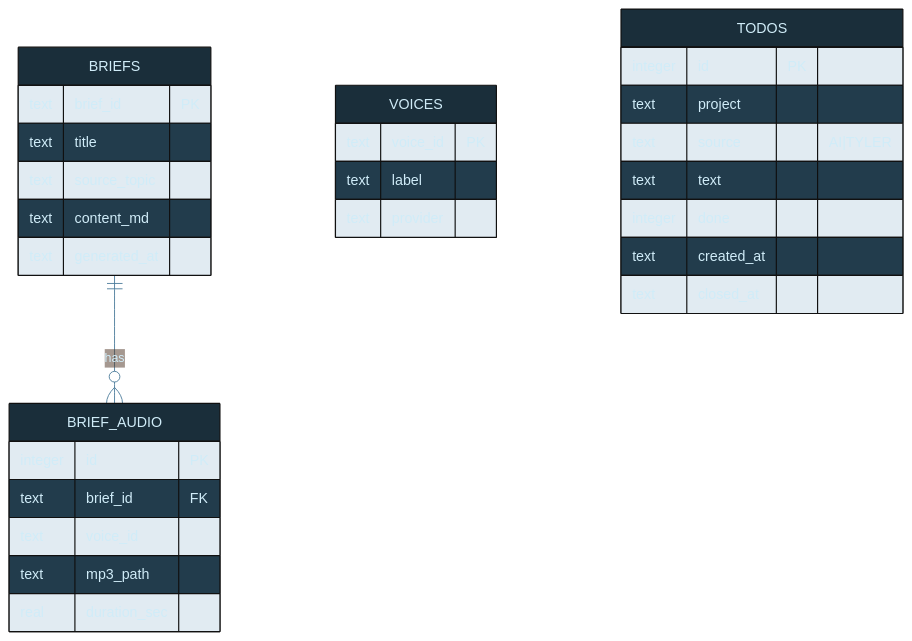
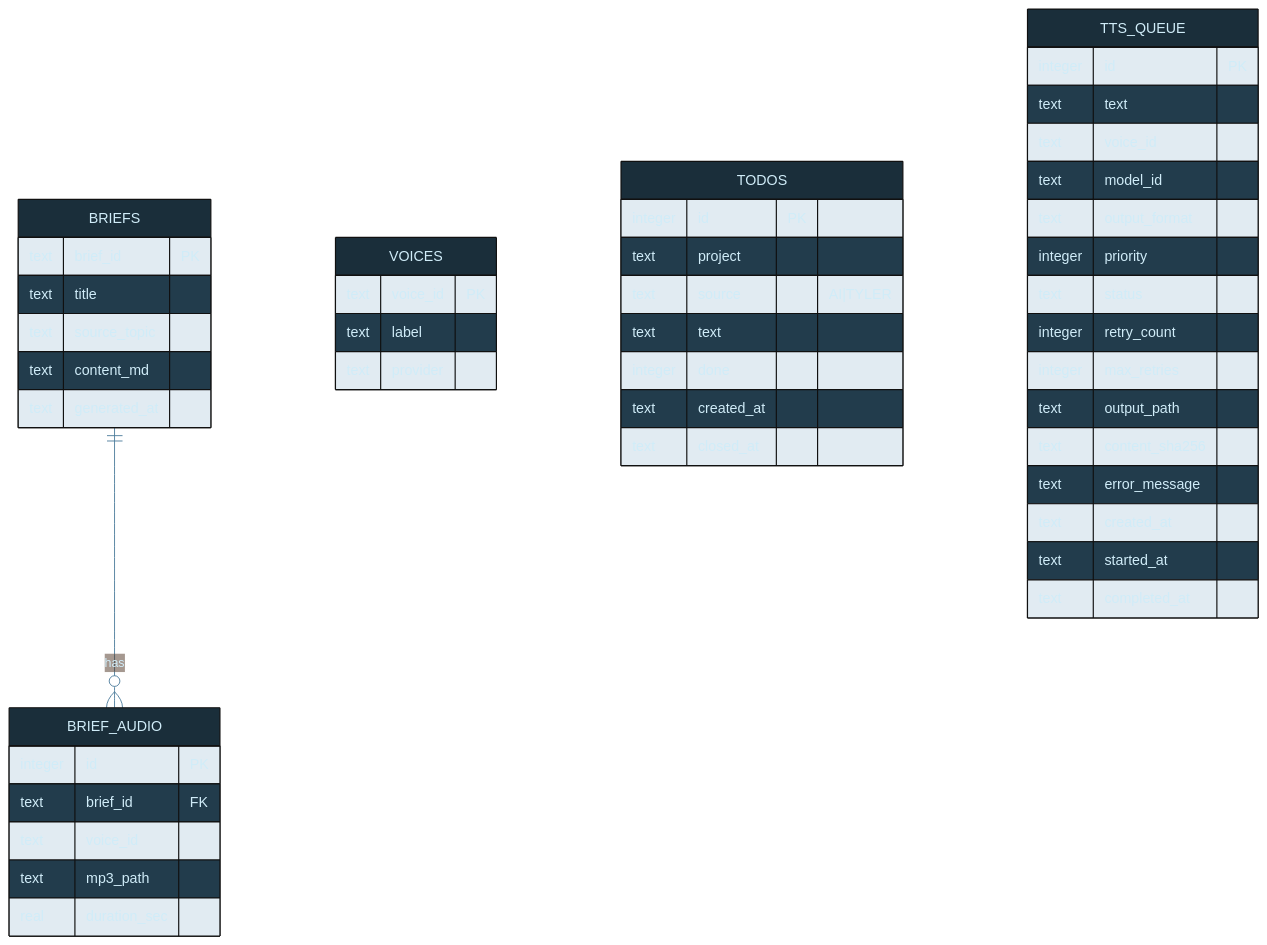
Before and after one commit to tylerdrakemusic/-Workspace: the diagram in diagrams/manifest-db-schema.mmd, drawn with Mermaid. The commit also changed 1 other file, not shown here.

Commit message:
docs(diagrams): update manifest-architecture and manifest-db-schema for tts_queue [FR-20260524-tts-batch-queue]

```diff
--- a/diagrams/manifest-db-schema.mmd
+++ b/diagrams/manifest-db-schema.mmd
@@ -1,31 +1,48 @@
 %%{init: {'theme': 'base', 'themeVariables': {'primaryColor': '#1a2e3a', 'primaryTextColor': '#d0ecf8', 'edgeLabelBackground': '#0f1318', 'lineColor': '#4a7a9a'}}}%%
 erDiagram
     BRIEFS ||--o{ BRIEF_AUDIO : has
     BRIEFS {
         text brief_id PK
         text title
         text source_topic
         text content_md
         text generated_at
     }
     BRIEF_AUDIO {
         integer id PK
         text brief_id FK
         text voice_id
         text mp3_path
         real duration_sec
     }
     VOICES {
         text voice_id PK
         text label
         text provider
     }
     TODOS {
         integer id PK
         text project
         text source "AI|TYLER"
         text text
         integer done
         text created_at
         text closed_at
     }
+    TTS_QUEUE {
+        integer id PK
+        text    text
+        text    voice_id
+        text    model_id
+        text    output_format
+        integer priority
+        text    status
+        integer retry_count
+        integer max_retries
+        text    output_path
+        text    content_sha256
+        text    error_message
+        text    created_at
+        text    started_at
+        text    completed_at
+    }
```
